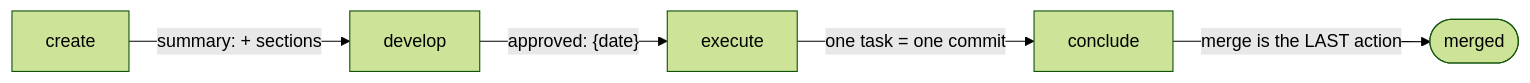
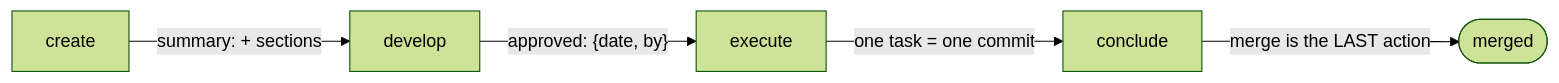
The diagram in docs/how-to/drive-a-spec.md (holetz/quenching), drawn with Mermaid (forest theme) before and after one commit. The commit also changed other lines of this file and 2 other files, not shown here.

Commit message:
plan/1155-orquestracao-autonoma-sem-travar-em-specs-que-esperam-aprovacao-humana: 6.4 Corrigir as páginas desatualizadas: `approved` passa a ser `{date, by}`

````diff
--- a/docs/how-to/drive-a-spec.md
+++ b/docs/how-to/drive-a-spec.md
@@ -25,7 +25,7 @@
 ```mermaid
 flowchart LR
     A[create] -->|"summary: + sections"| B[develop]
-    B -->|"approved: {date}"| C[execute]
+    B -->|"approved: {date, by}"| C[execute]
     C -->|"one task = one commit"| D[conclude]
     D -->|"merge is the LAST action"| E([merged])
 ```
````
